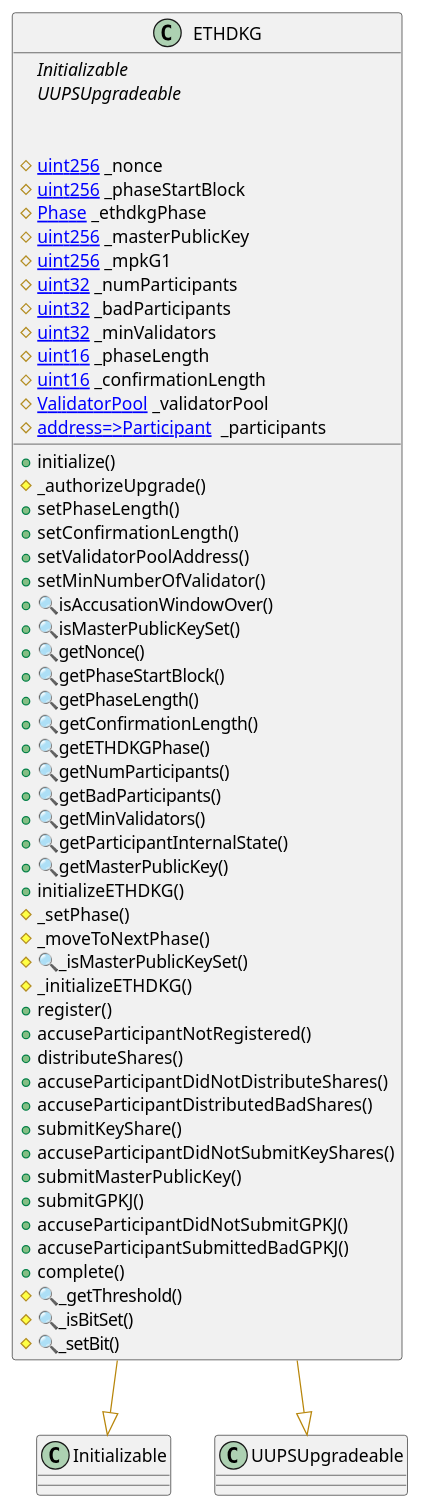
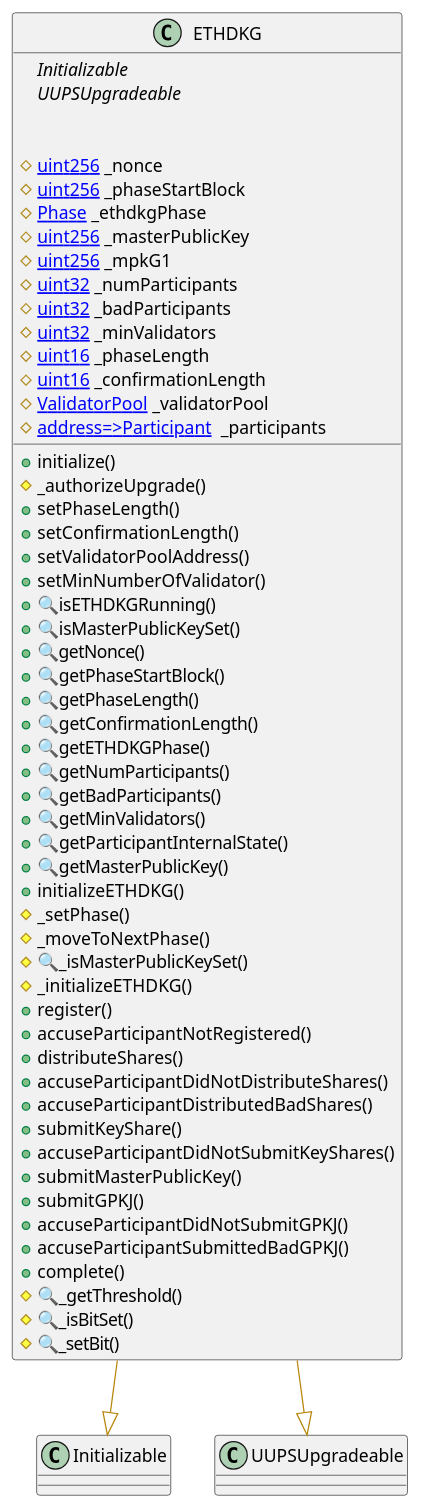
One commit to MadBase/bridge changed the diagram in docs/ETHDKG-uml-diagram.wsd. Above: the diagram before and after it, drawn with PlantUML. The commit also changed 173 other files, not shown here.

```diff
--- a/docs/ETHDKG-uml-diagram.wsd
+++ b/docs/ETHDKG-uml-diagram.wsd
@@ -1,78 +1,78 @@
 @startuml
 ' -- generated by: https://marketplace.visualstudio.com/items?itemName=tintinweb.solidity-visual-auditor
 '
 ' -- for auto-render install: https://marketplace.visualstudio.com/items?itemName=jebbs.plantuml
 ' -- options --
 
 
 
 ' -- classes --
 
 
 class ETHDKG {
     ' -- inheritance --
 	{abstract}Initializable
 	{abstract}UUPSUpgradeable
 
     ' -- usingFor --
 
     ' -- vars --
 	#[[uint256]] _nonce
 	#[[uint256]] _phaseStartBlock
 	#[[Phase]] _ethdkgPhase
 	#[[uint256]] _masterPublicKey
 	#[[uint256]] _mpkG1
 	#[[uint32]] _numParticipants
 	#[[uint32]] _badParticipants
 	#[[uint32]] _minValidators
 	#[[uint16]] _phaseLength
 	#[[uint16]] _confirmationLength
 	#[[ValidatorPool]] _validatorPool
 	#[[mapping address=>Participant ]] _participants
 
     ' -- methods --
 	+initialize()
 	#_authorizeUpgrade()
 	+setPhaseLength()
 	+setConfirmationLength()
 	+setValidatorPoolAddress()
 	+setMinNumberOfValidator()
-	+🔍isAccusationWindowOver()
+	+🔍isETHDKGRunning()
 	+🔍isMasterPublicKeySet()
 	+🔍getNonce()
 	+🔍getPhaseStartBlock()
 	+🔍getPhaseLength()
 	+🔍getConfirmationLength()
 	+🔍getETHDKGPhase()
 	+🔍getNumParticipants()
 	+🔍getBadParticipants()
 	+🔍getMinValidators()
 	+🔍getParticipantInternalState()
 	+🔍getMasterPublicKey()
 	+initializeETHDKG()
 	#_setPhase()
 	#_moveToNextPhase()
 	#🔍_isMasterPublicKeySet()
 	#_initializeETHDKG()
 	+register()
 	+accuseParticipantNotRegistered()
 	+distributeShares()
 	+accuseParticipantDidNotDistributeShares()
 	+accuseParticipantDistributedBadShares()
 	+submitKeyShare()
 	+accuseParticipantDidNotSubmitKeyShares()
 	+submitMasterPublicKey()
 	+submitGPKJ()
 	+accuseParticipantDidNotSubmitGPKJ()
 	+accuseParticipantSubmittedBadGPKJ()
 	+complete()
 	#🔍_getThreshold()
 	#🔍_isBitSet()
 	#🔍_setBit()
 
 }
 ' -- inheritance / usingFor --
 ETHDKG --[#DarkGoldenRod]|> Initializable
 ETHDKG --[#DarkGoldenRod]|> UUPSUpgradeable
 
 @enduml
```
